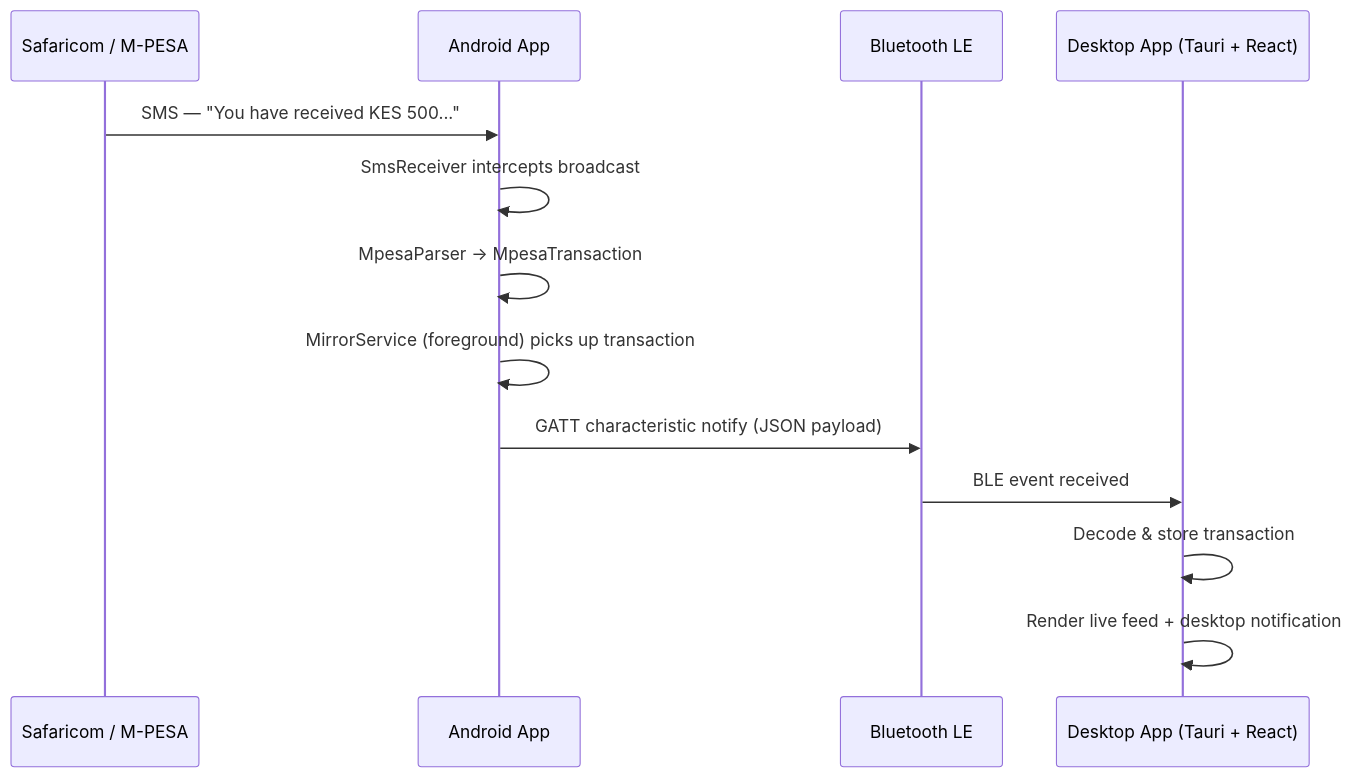
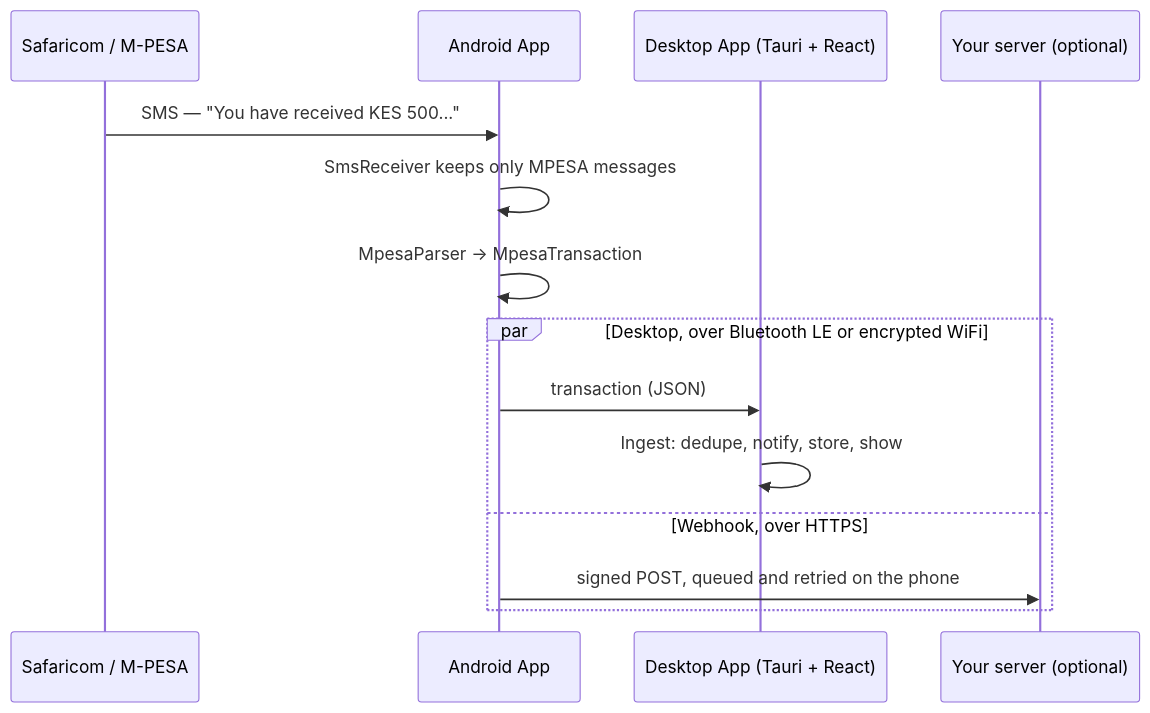
One commit to davidamunga/pesacast changed the diagram in README.md. Above: the diagram before and after it, drawn with Mermaid. The commit also changed other lines of this file and 6 other files, not shown here.

Commit message:
docs: fix stale README, architecture, agent commands and desktop README (#44)

````diff
--- a/README.md
+++ b/README.md
@@ -27,16 +38,17 @@
 ```mermaid
 sequenceDiagram
     participant MPESA as Safaricom / M-PESA
     participant Android as Android App
-    participant BLE as Bluetooth LE
     participant Desktop as Desktop App (Tauri + React)
+    participant Server as Your server (optional)
 
     MPESA->>Android: SMS — "You have received KES 500..."
-    Android->>Android: SmsReceiver intercepts broadcast
+    Android->>Android: SmsReceiver keeps only MPESA messages
     Android->>Android: MpesaParser → MpesaTransaction
-    Android->>Android: MirrorService (foreground) picks up transaction
-    Android->>BLE: GATT characteristic notify (JSON payload)
-    BLE->>Desktop: BLE event received
-    Desktop->>Desktop: Decode & store transaction
-    Desktop->>Desktop: Render live feed + desktop notification
+    par Desktop, over Bluetooth LE or encrypted WiFi
+        Android->>Desktop: transaction (JSON)
+        Desktop->>Desktop: Ingest: dedupe, notify, store, show
+    and Webhook, over HTTPS
+        Android->>Server: signed POST, queued and retried on the phone
+    end
 ```
````
